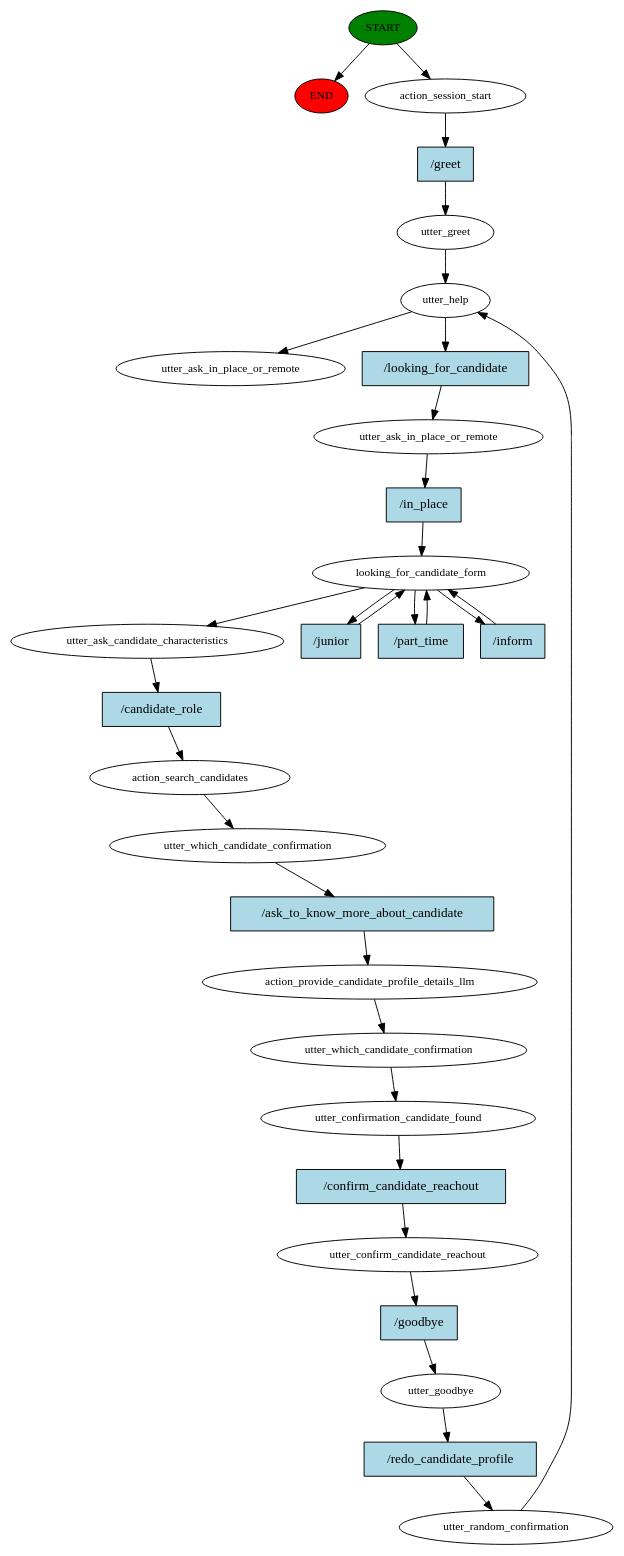
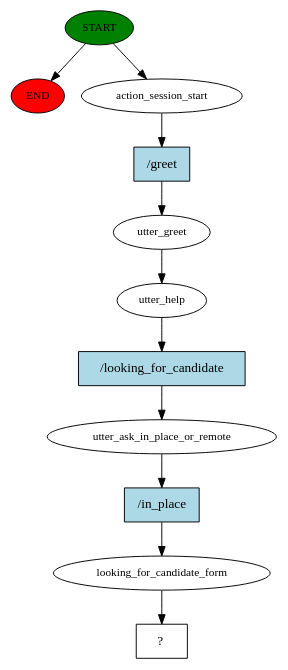
Before and after one commit to r1cc4r2o/Jobify: the diagram in src/story_graph.dot, drawn with Graphviz. The commit also changed 4 other files, not shown here.

Commit message:
confirm candidate

```diff
--- a/src/story_graph.dot
+++ b/src/story_graph.dot
@@ -1,61 +1,23 @@
 digraph  {
 0 [class="start active", fillcolor=green, fontsize=12, label=START, style=filled];
 "-1" [class=end, fillcolor=red, fontsize=12, label=END, style=filled];
 1 [class=active, fontsize=12, label=action_session_start];
 2 [class=active, fontsize=12, label=utter_greet];
 3 [class=active, fontsize=12, label=utter_help];
 4 [class=active, fontsize=12, label=utter_ask_in_place_or_remote];
 5 [class=active, fontsize=12, label=looking_for_candidate_form];
-9 [class=active, fontsize=12, label=utter_ask_candidate_characteristics];
-10 [class=active, fontsize=12, label=action_search_candidates];
-11 [class=active, fontsize=12, label=utter_which_candidate_confirmation];
-12 [class=active, fontsize=12, label=action_provide_candidate_profile_details_llm];
-13 [class=active, fontsize=12, label=utter_which_candidate_confirmation];
-14 [class=active, fontsize=12, label=utter_confirmation_candidate_found];
-15 [class=active, fontsize=12, label=utter_confirm_candidate_reachout];
-16 [class=active, fontsize=12, label=utter_goodbye];
-17 [class=active, fontsize=12, label=utter_random_confirmation];
-19 [class="dashed active", fontsize=12, label=utter_ask_in_place_or_remote];
-20 [class="intent active", fillcolor=lightblue, label="/greet", shape=rect, style=filled];
-21 [class="intent active", fillcolor=lightblue, label="/looking_for_candidate", shape=rect, style=filled];
-22 [class="intent active", fillcolor=lightblue, label="/in_place", shape=rect, style=filled];
-23 [class="intent active", fillcolor=lightblue, label="/junior", shape=rect, style=filled];
-24 [class="intent active", fillcolor=lightblue, label="/part_time", shape=rect, style=filled];
-25 [class="intent active", fillcolor=lightblue, label="/inform", shape=rect, style=filled];
-26 [class="intent active", fillcolor=lightblue, label="/candidate_role", shape=rect, style=filled];
-27 [class="intent active", fillcolor=lightblue, label="/ask_to_know_more_about_candidate", shape=rect, style=filled];
-28 [class="intent active", fillcolor=lightblue, label="/confirm_candidate_reachout", shape=rect, style=filled];
-29 [class="intent active", fillcolor=lightblue, label="/goodbye", shape=rect, style=filled];
-30 [class="intent active", fillcolor=lightblue, label="/redo_candidate_profile", shape=rect, style=filled];
+6 [class="intent dashed active", label="  ?  ", shape=rect];
+7 [class="intent active", fillcolor=lightblue, label="/greet", shape=rect, style=filled];
+8 [class="intent active", fillcolor=lightblue, label="/looking_for_candidate", shape=rect, style=filled];
+9 [class="intent active", fillcolor=lightblue, label="/in_place", shape=rect, style=filled];
 0 -> "-1"  [class="", key=NONE, label=""];
 0 -> 1  [class=active, key=NONE, label=""];
-1 -> 20  [class=active, key=0];
+1 -> 7  [class=active, key=0];
 2 -> 3  [class=active, key=NONE, label=""];
-3 -> 19  [class=active, key=NONE, label=""];
-3 -> 21  [class=active, key=0];
-4 -> 22  [class=active, key=0];
-5 -> 9  [class=active, key=NONE, label=""];
-5 -> 23  [class=active, key=0];
-5 -> 24  [class=active, key=0];
-5 -> 25  [class=active, key=0];
-9 -> 26  [class=active, key=0];
-10 -> 11  [class=active, key=NONE, label=""];
-11 -> 27  [class=active, key=0];
-12 -> 13  [class=active, key=NONE, label=""];
-13 -> 14  [class=active, key=NONE, label=""];
-14 -> 28  [class=active, key=0];
-15 -> 29  [class=active, key=0];
-16 -> 30  [class=active, key=0];
-17 -> 3  [class=active, key=NONE, label=""];
-20 -> 2  [class=active, key=0];
-21 -> 4  [class=active, key=0];
-22 -> 5  [class=active, key=0];
-23 -> 5  [class=active, key=0];
-24 -> 5  [class=active, key=0];
-25 -> 5  [class=active, key=0];
-26 -> 10  [class=active, key=0];
-27 -> 12  [class=active, key=0];
-28 -> 15  [class=active, key=0];
-29 -> 16  [class=active, key=0];
-30 -> 17  [class=active, key=0];
+3 -> 8  [class=active, key=0];
+4 -> 9  [class=active, key=0];
+5 -> 6  [class=active, key=NONE, label=""];
+7 -> 2  [class=active, key=0];
+8 -> 4  [class=active, key=0];
+9 -> 5  [class=active, key=0];
 }
```
